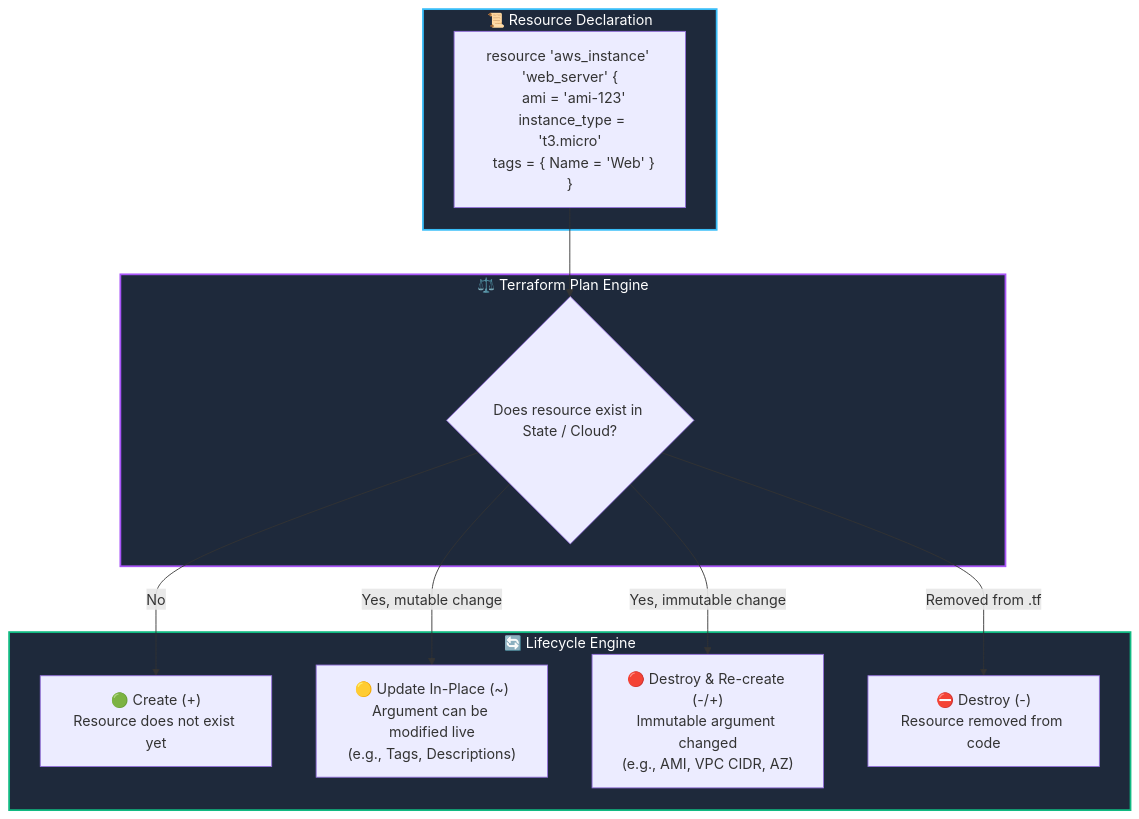
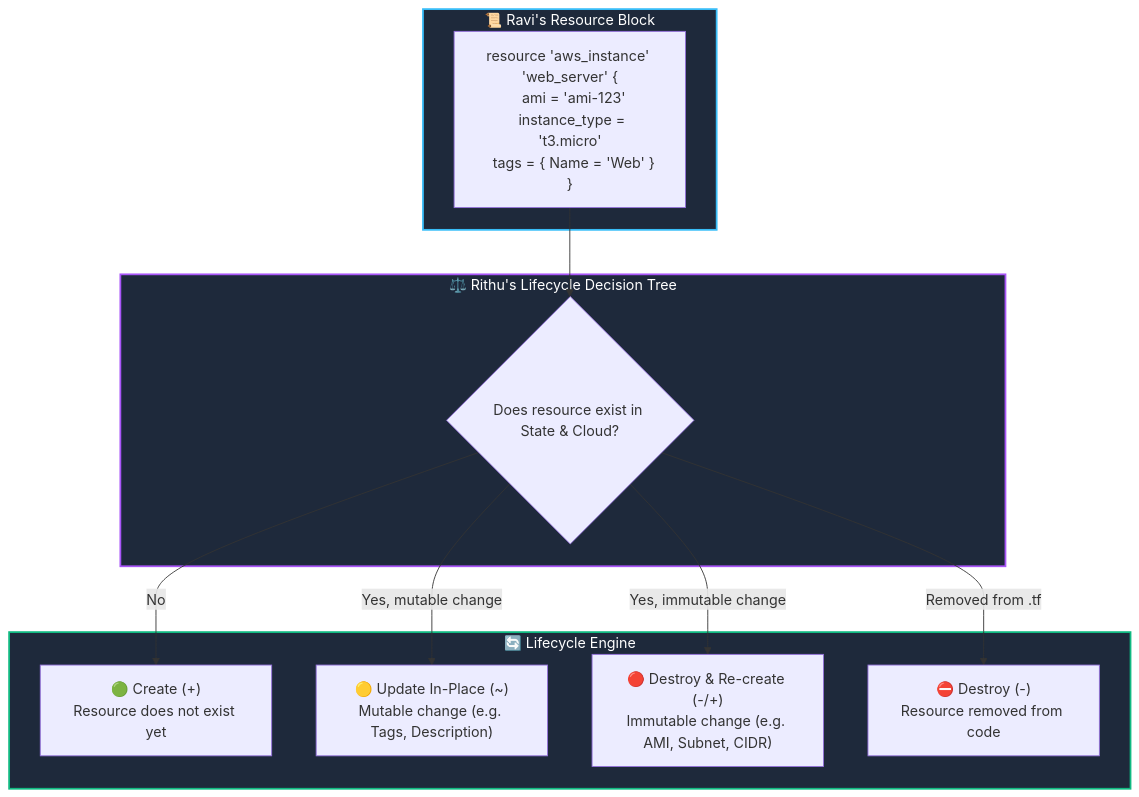
One commit to agravi987/Learning-Terraform-For-DevOps changed the diagram in 05-resources/README.md. Above: the diagram before and after it, drawn with Mermaid. The commit also changed other lines of this file and 18 other files, not shown here.

Commit message:
docs: enrich curriculum with Mentor Rithu and Student Ravi interactive learning experience

````diff
--- a/05-resources/README.md
+++ b/05-resources/README.md
@@ -23,27 +27,27 @@
 ```mermaid
 flowchart TD
-    subgraph ResourceBlock ["📜 Resource Declaration"]
+    subgraph ResourceBlock ["📜 Ravi's Resource Block"]
         DEC["resource 'aws_instance' 'web_server' {\n  ami = 'ami-123'\n  instance_type = 't3.micro'\n  tags = { Name = 'Web' }\n}"]
     end
 
-    subgraph DecisionEngine ["⚖️ Terraform Plan Engine"]
-        CHECK{"Does resource exist in State / Cloud?"}
+    subgraph DecisionEngine ["⚖️ Rithu's Lifecycle Decision Tree"]
+        CHECK{"Does resource exist in State & Cloud?"}
     end
 
     subgraph LifecycleActions ["🔄 Lifecycle Engine"]
         CREATE["🟢 Create (+)\nResource does not exist yet"]
-        UPDATE["🟡 Update In-Place (~)\nArgument can be modified live\n(e.g., Tags, Descriptions)"]
-        REPLACE["🔴 Destroy & Re-create (-/+)\nImmutable argument changed\n(e.g., AMI, VPC CIDR, AZ)"]
+        UPDATE["🟡 Update In-Place (~)\nMutable change (e.g. Tags, Description)"]
+        REPLACE["🔴 Destroy & Re-create (-/+)\nImmutable change (e.g. AMI, Subnet, CIDR)"]
         DESTROY["⛔ Destroy (-)\nResource removed from code"]
     end
 
     DEC --> CHECK
     CHECK -->|No| CREATE
     CHECK -->|Yes, mutable change| UPDATE
     CHECK -->|Yes, immutable change| REPLACE
     CHECK -->|Removed from .tf| DESTROY
 
     style ResourceBlock fill:#1e293b,stroke:#38bdf8,stroke-width:2px,color:#fff
     style DecisionEngine fill:#1e293b,stroke:#a855f7,stroke-width:2px,color:#fff
     style LifecycleActions fill:#1e293b,stroke:#10b981,stroke-width:2px,color:#fff
 ```
````
